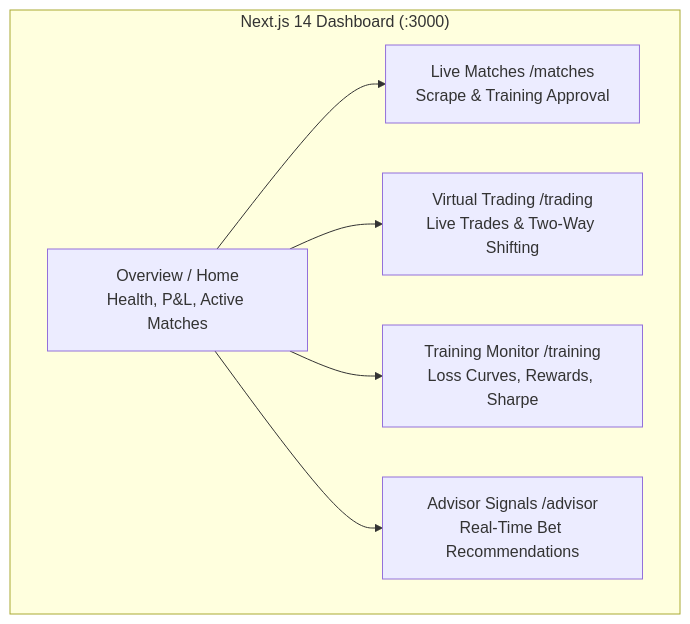
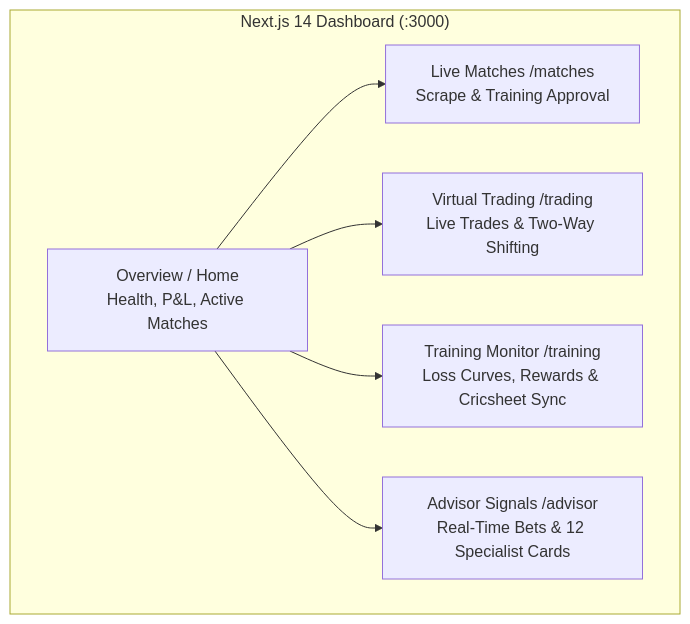
The first of 3 diagrams in docs/USER_GUIDE.md (sohabena/prediction-claude), drawn with Mermaid before and after one commit. The commit also changed other lines of this file and 22 other files, not shown here.

Commit message:
docs: forensic synchronization of architecture, rules, guides, and workflows with 12-specialist strategy

````diff
--- a/docs/USER_GUIDE.md
+++ b/docs/USER_GUIDE.md
@@ -15,15 +15,15 @@
 ```mermaid
 graph TB
     subgraph "Next.js 14 Dashboard (:3000)"
         A[Overview / Home<br/>Health, P&L, Active Matches]
         B[Live Matches /matches<br/>Scrape & Training Approval]
         C[Virtual Trading /trading<br/>Live Trades & Two-Way Shifting]
-        D[Training Monitor /training<br/>Loss Curves, Rewards, Sharpe]
-        E[Advisor Signals /advisor<br/>Real-Time Bet Recommendations]
+        D[Training Monitor /training<br/>Loss Curves, Rewards & Cricsheet Sync]
+        E[Advisor Signals /advisor<br/>Real-Time Bets & 12 Specialist Cards]
     end
 
     A --> B
     A --> C
     A --> D
     A --> E
 ```
````
